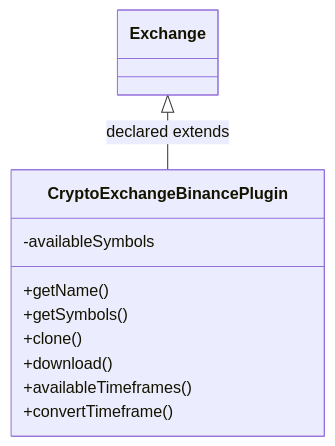
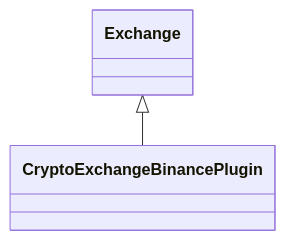
One commit to haruperi/HaruQuantAI changed the diagram in docs/sqx/DataManager/CryptoExchangeBinance.md. Above: the diagram before and after it, drawn with Mermaid. The commit also changed other lines of this file and 1688 other files, not shown here.

````diff
--- a/docs/sqx/DataManager/CryptoExchangeBinance.md
+++ b/docs/sqx/DataManager/CryptoExchangeBinance.md
@@ -30,14 +26,6 @@
 ```mermaid
 classDiagram
-    class C73bd6f10736b["CryptoExchangeBinancePlugin"] {
-        -availableSymbols
-        +getName()
-        +getSymbols()
-        +clone()
-        +download()
-        +availableTimeframes()
-        +convertTimeframe()
-    }
-    class Cdc5bf0b36300["Exchange"]
-    Cdc5bf0b36300 <|-- C73bd6f10736b : declared extends
+    class C0["CryptoExchangeBinancePlugin"]
+    class E0["Exchange"]
+    E0 <|-- C0
 ```
````
